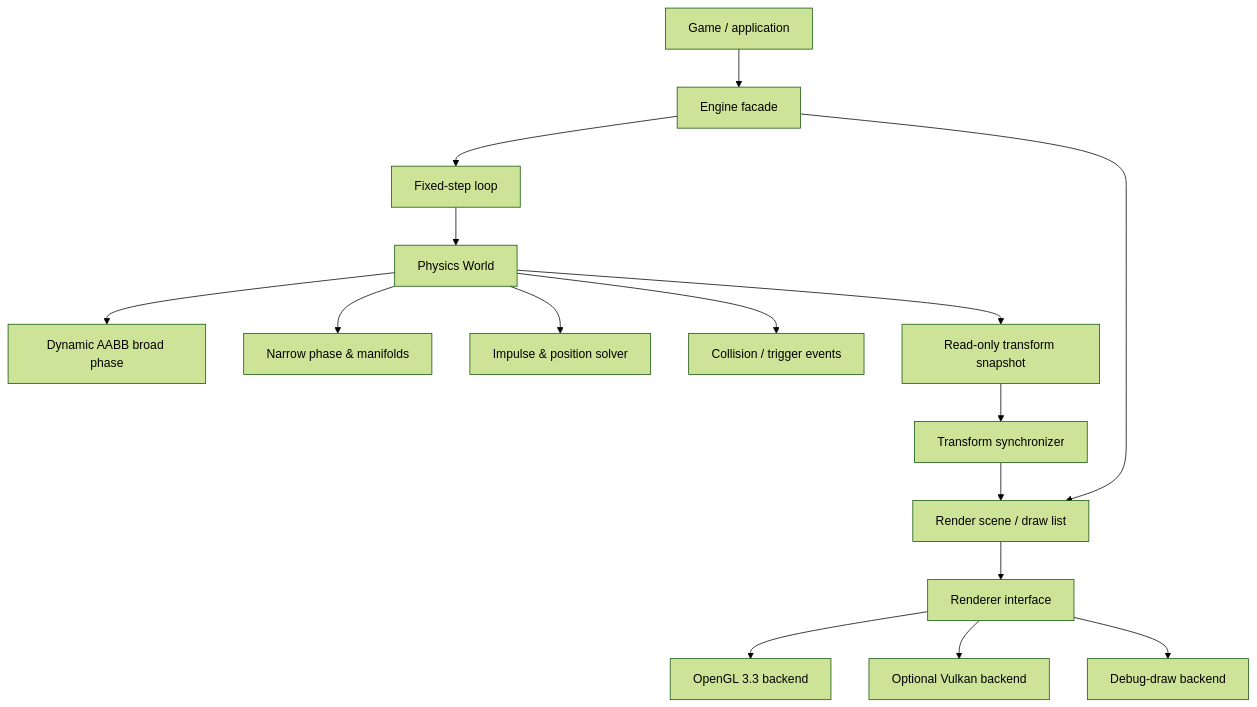
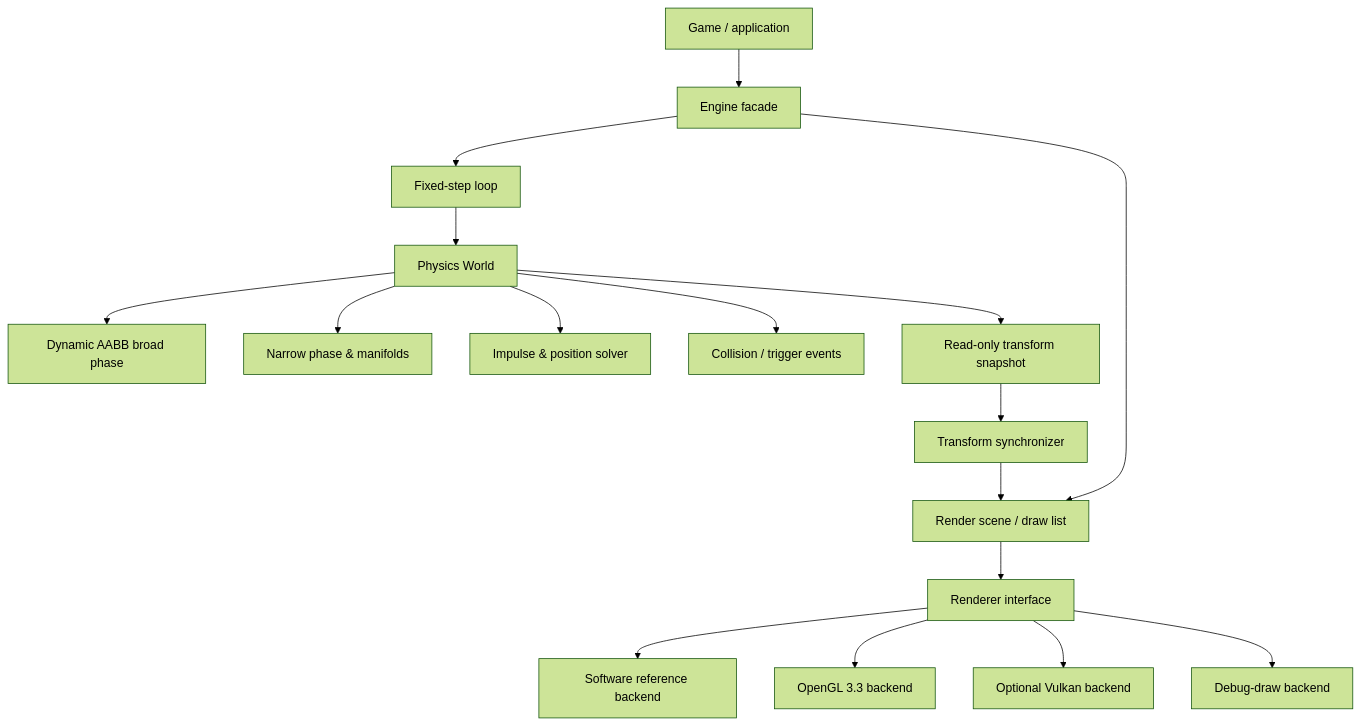
One commit to FaisalTabrez/Render-2D changed the diagram in ENGINE_DESIGN.md. Above: the diagram before and after it, drawn with Mermaid (forest theme). The commit also changed other lines of this file and 16 other files, not shown here.

````diff
--- a/ENGINE_DESIGN.md
+++ b/ENGINE_DESIGN.md
@@ -36,18 +37,19 @@
 ```mermaid
 flowchart TB
   App["Game / application"] --> Engine["Engine facade"]
   Engine --> Loop["Fixed-step loop"]
   Loop --> Physics["Physics World"]
   Physics --> Broad["Dynamic AABB broad phase"]
   Physics --> Narrow["Narrow phase & manifolds"]
   Physics --> Solver["Impulse & position solver"]
   Physics --> Events["Collision / trigger events"]
   Physics --> Snapshot["Read-only transform snapshot"]
   Engine --> Scene["Render scene / draw list"]
   Snapshot --> Sync["Transform synchronizer"]
   Sync --> Scene
   Scene --> Renderer["Renderer interface"]
+  Renderer --> Software["Software reference backend"]
   Renderer --> OpenGL["OpenGL 3.3 backend"]
   Renderer --> Vulkan["Optional Vulkan backend"]
   Renderer --> Debug["Debug-draw backend"]
 ```
````
